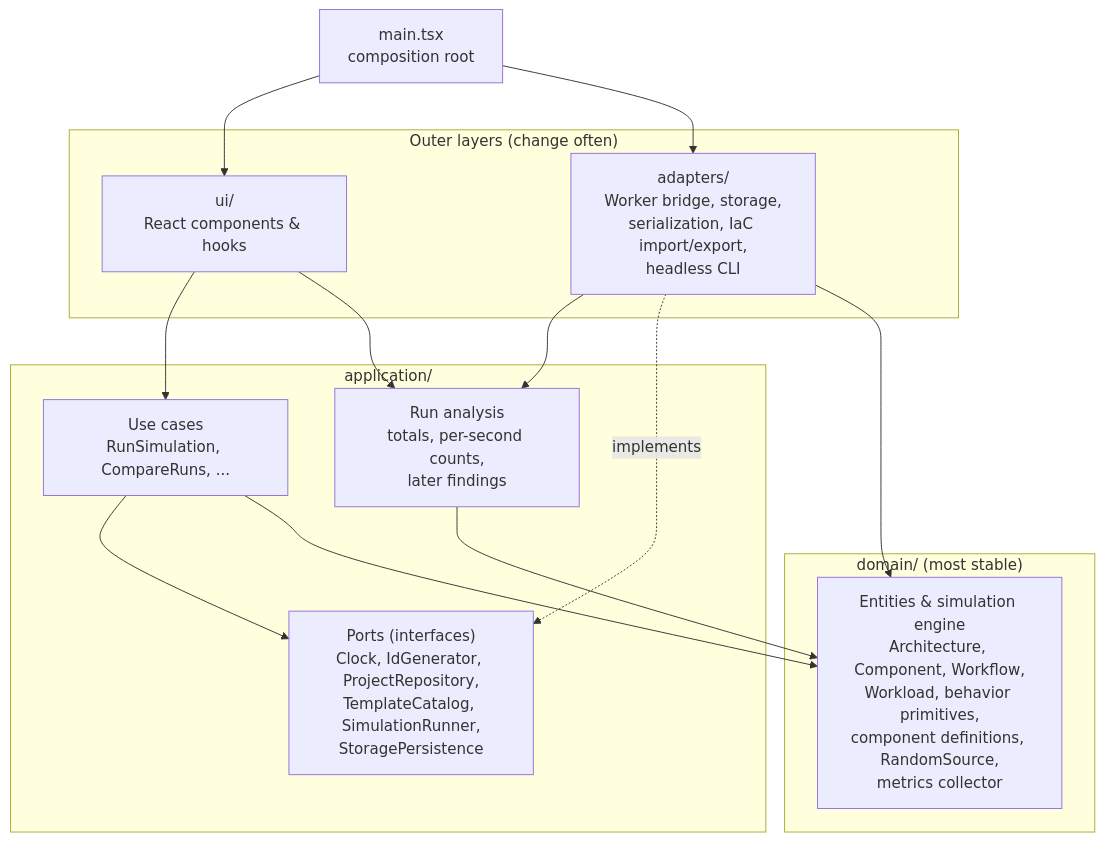
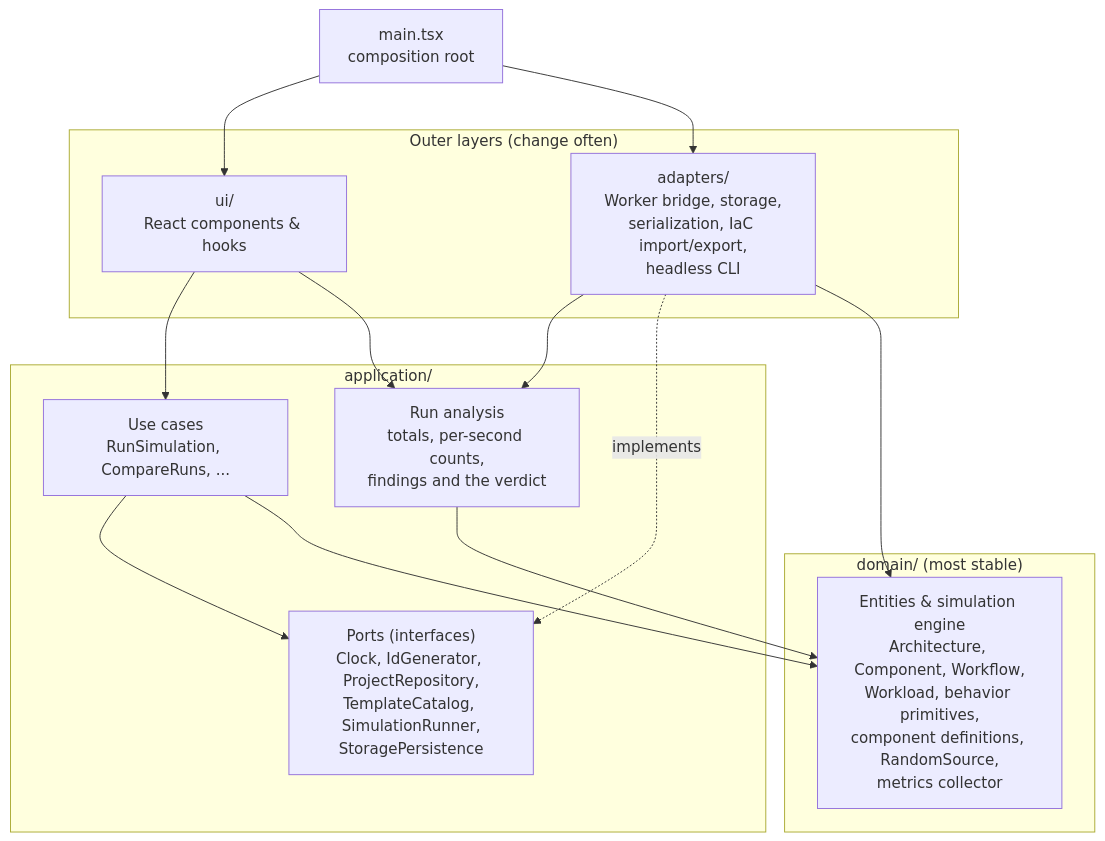
One commit to alanbickel/wind-tunnel changed the fifth of 5 diagrams in docs/architecture/architecture-overview.md. Above: the diagram before and after it, drawn with Mermaid. The commit also changed other lines of this file and 57 other files, not shown here.

Commit message:
feat(application): add findings with the run verdict, failed requests, and late async work (#64)

````diff
--- a/docs/architecture/architecture-overview.md
+++ b/docs/architecture/architecture-overview.md
@@ -105,26 +106,26 @@
 ```mermaid
 flowchart TB
     subgraph outer["Outer layers (change often)"]
         UI["ui/<br/>React components & hooks"]
         AD["adapters/<br/>Worker bridge, storage,<br/>serialization, IaC import/export,<br/>headless CLI"]
     end
     subgraph app["application/"]
         UC["Use cases<br/>RunSimulation, CompareRuns, ..."]
         P["Ports (interfaces)<br/>Clock, IdGenerator, ProjectRepository,<br/>TemplateCatalog, SimulationRunner,<br/>StoragePersistence"]
-        RA["Run analysis<br/>totals, per-second counts,<br/>later findings"]
+        RA["Run analysis<br/>totals, per-second counts,<br/>findings and the verdict"]
     end
     subgraph dom["domain/ (most stable)"]
         D["Entities & simulation engine<br/>Architecture, Component, Workflow,<br/>Workload, behavior primitives,<br/>component definitions, RandomSource,<br/>metrics collector"]
     end
 
     UI --> UC
     UI --> RA
     AD --> RA
     RA --> D
     AD -.->|implements| P
     UC --> P
     UC --> D
     AD --> D
     MAIN["main.tsx<br/>composition root"] --> UI
     MAIN --> AD
 ```
````
